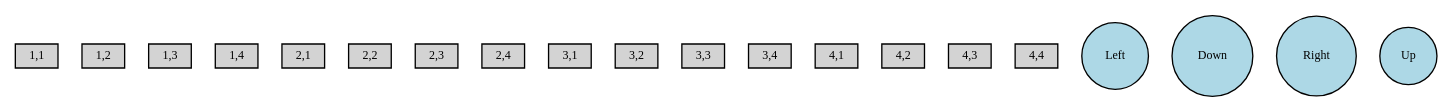
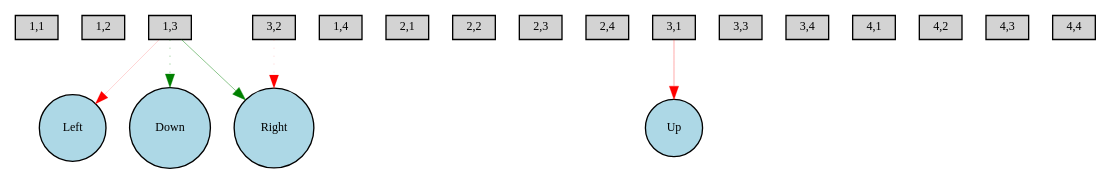
The diagram in Digraph.gv (HiggstonRainbird/NEAT-2048), drawn with Graphviz before and after one commit. The commit also changed 4 other files, not shown here.

```diff
--- a/Digraph.gv
+++ b/Digraph.gv
@@ -1,23 +1,28 @@
 digraph {
 	node [fontsize=9 height=0.2 shape=circle width=0.2]
 	"1,1" [fillcolor=lightgray shape=box style=filled]
 	"1,2" [fillcolor=lightgray shape=box style=filled]
 	"1,3" [fillcolor=lightgray shape=box style=filled]
 	"1,4" [fillcolor=lightgray shape=box style=filled]
 	"2,1" [fillcolor=lightgray shape=box style=filled]
 	"2,2" [fillcolor=lightgray shape=box style=filled]
 	"2,3" [fillcolor=lightgray shape=box style=filled]
 	"2,4" [fillcolor=lightgray shape=box style=filled]
 	"3,1" [fillcolor=lightgray shape=box style=filled]
 	"3,2" [fillcolor=lightgray shape=box style=filled]
 	"3,3" [fillcolor=lightgray shape=box style=filled]
 	"3,4" [fillcolor=lightgray shape=box style=filled]
 	"4,1" [fillcolor=lightgray shape=box style=filled]
 	"4,2" [fillcolor=lightgray shape=box style=filled]
 	"4,3" [fillcolor=lightgray shape=box style=filled]
 	"4,4" [fillcolor=lightgray shape=box style=filled]
 	Left [fillcolor=lightblue style=filled]
 	Down [fillcolor=lightblue style=filled]
 	Right [fillcolor=lightblue style=filled]
 	Up [fillcolor=lightblue style=filled]
+	"3,2" -> Right [color=red penwidth=0.106073230355 style=dotted]
+	"3,1" -> Up [color=red penwidth=0.252219325727 style=solid]
+	"1,3" -> Left [color=red penwidth=0.128222051548 style=solid]
+	"1,3" -> Down [color=green penwidth=0.273101987802 style=dotted]
+	"1,3" -> Right [color=green penwidth=0.343088723525 style=solid]
 }
```
